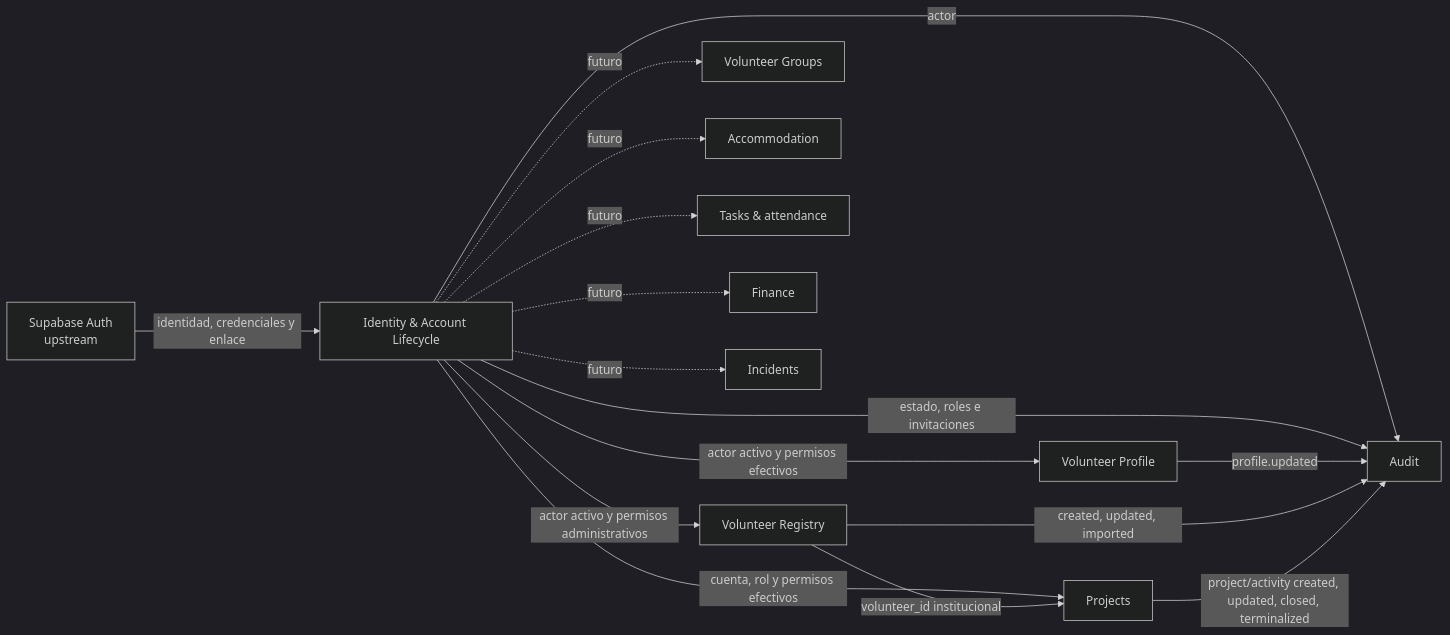
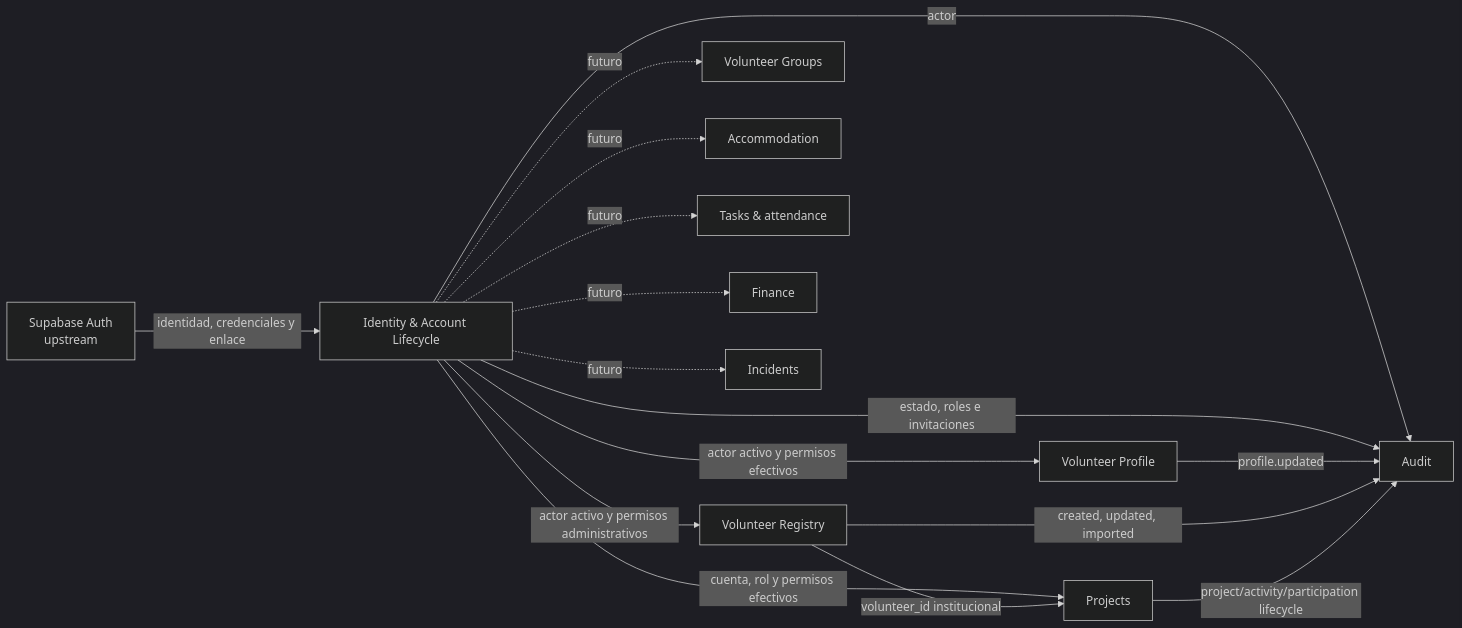
Before and after one commit to grovergonzalez8/Sistema-Voluntariado: the first of 2 diagrams in docs/architecture/context-map.md, drawn with Mermaid (dark theme). The commit also changed other lines of this file and 52 other files, not shown here.

First line of the commit message:
feat(projects): add activity participation v1 (#6)

````diff
--- a/docs/architecture/context-map.md
+++ b/docs/architecture/context-map.md
@@ -3,18 +3,18 @@
 ```mermaid
 flowchart LR
   Auth["Supabase Auth\nupstream"] -->|identidad, credenciales y enlace| Identity["Identity & Account Lifecycle"]
   Identity -->|actor activo y permisos efectivos| Profile["Volunteer Profile"]
   Identity -->|actor activo y permisos administrativos| Registry["Volunteer Registry"]
   Identity -->|cuenta, rol y permisos efectivos| Projects["Projects"]
   Registry -->|volunteer_id institucional| Projects
   Identity -->|actor| Audit["Audit"]
   Identity -->|estado, roles e invitaciones| Audit
   Profile -->|profile.updated| Audit
   Registry -->|created, updated, imported| Audit
-  Projects -->|project/activity created, updated, closed, terminalized| Audit
+  Projects -->|project/activity/participation lifecycle| Audit
   Identity -. futuro .-> Groups["Volunteer Groups"]
   Identity -. futuro .-> Accommodation["Accommodation"]
   Identity -. futuro .-> Tasks["Tasks & attendance"]
   Identity -. futuro .-> Finance["Finance"]
   Identity -. futuro .-> Incidents["Incidents"]
 ```
````
